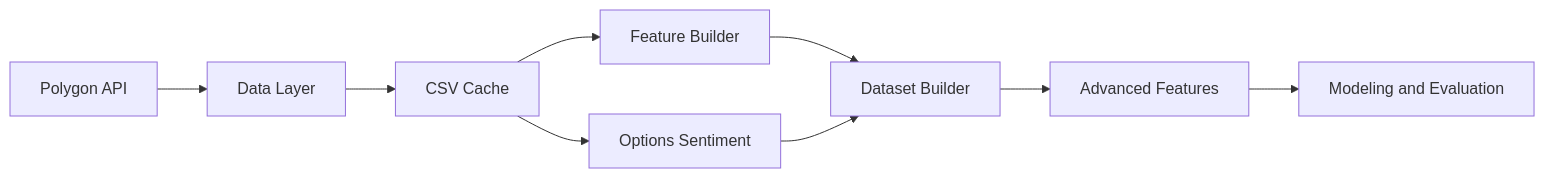
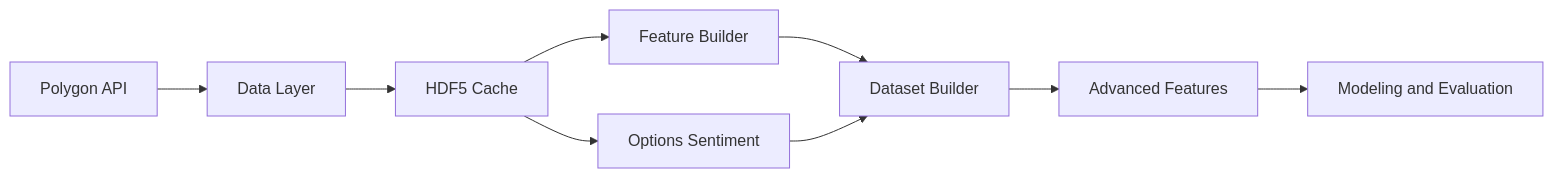
One commit to skyliquid22/OAMI changed the diagram in README.md. Above: the diagram before and after it, drawn with Mermaid. The commit also changed other lines of this file and 15 other files, not shown here.

````diff
--- a/README.md
+++ b/README.md
@@ -33,11 +33,11 @@
 ```mermaid
 graph LR
     A[Polygon API] --> B[Data Layer]
-    B --> C[CSV Cache]
+    B --> C[HDF5 Cache]
     C --> D[Feature Builder]
     C --> E[Options Sentiment]
     D --> F[Dataset Builder]
     E --> F
     F --> G[Advanced Features]
     G --> H[Modeling and Evaluation]
 ```
````
